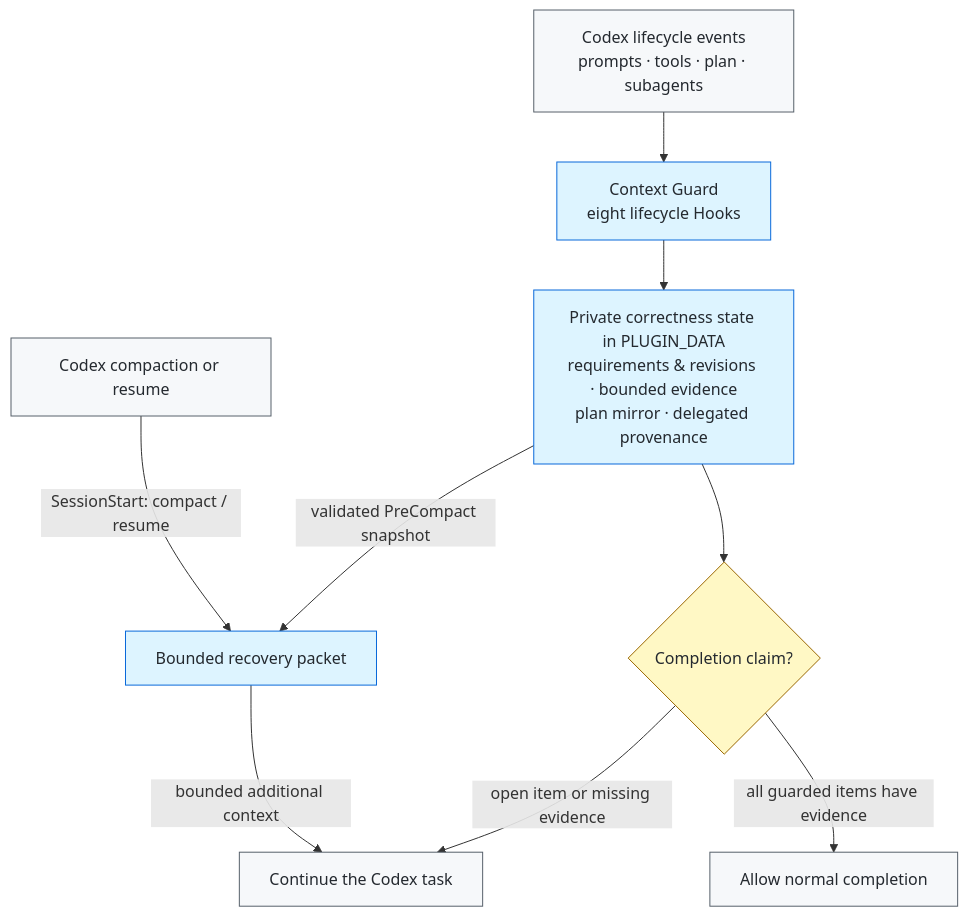
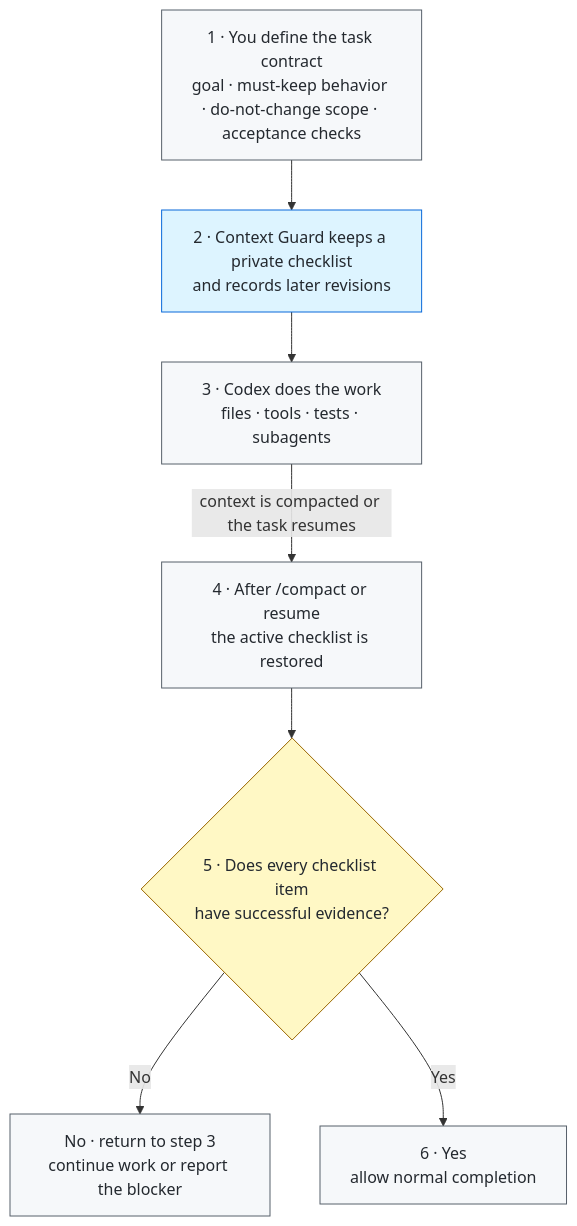
Before and after one commit to GreenLv/codex-context-guard: the diagram in README.md, drawn with Mermaid. The commit also changed other lines of this file and 3 other files, not shown here.

Commit message:
docs: make the Context Guard flow concrete

````diff
--- a/README.md
+++ b/README.md
@@ -58,26 +58,23 @@
 ```mermaid
 flowchart TB
-  A["Codex lifecycle events<br/>prompts · tools · plan · subagents"]
-  H["Context Guard<br/>eight lifecycle Hooks"]
-  S["Private correctness state in PLUGIN_DATA<br/>requirements & revisions · bounded evidence<br/>plan mirror · delegated provenance"]
-  C["Codex compaction or resume"]
-  R["Bounded recovery packet"]
-  G{"Completion claim?"}
-  N["Continue the Codex task"]
-  F["Allow normal completion"]
+  A["1 · You define the task contract<br/>goal · must-keep behavior · do-not-change scope · acceptance checks"]
+  B["2 · Context Guard keeps a private checklist<br/>and records later revisions"]
+  C["3 · Codex does the work<br/>files · tools · tests · subagents"]
+  D["4 · After /compact or resume<br/>the active checklist is restored"]
+  E{"5 · Does every checklist item<br/>have successful evidence?"}
+  F["No · return to step 3<br/>continue work or report the blocker"]
+  G["6 · Yes<br/>allow normal completion"]
 
-  A --> H --> S
-  C -->|"SessionStart: compact / resume"| R
-  S -->|"validated PreCompact snapshot"| R
-  R -->|"bounded additional context"| N
-  S --> G
-  G -->|"open item or missing evidence"| N
-  G -->|"all guarded items have evidence"| F
+  A --> B --> C
+  C -->|"context is compacted or the task resumes"| D
+  D --> E
+  E -->|"No"| F
+  E -->|"Yes"| G
 
   classDef native fill:#f6f8fa,stroke:#57606a,color:#24292f;
   classDef private fill:#ddf4ff,stroke:#0969da,color:#24292f;
   classDef decision fill:#fff8c5,stroke:#9a6700,color:#24292f;
-  class A,C,N,F native;
-  class H,S,R private;
-  class G decision;
+  class A,C,D,F,G native;
+  class B private;
+  class E decision;
 ```
````
